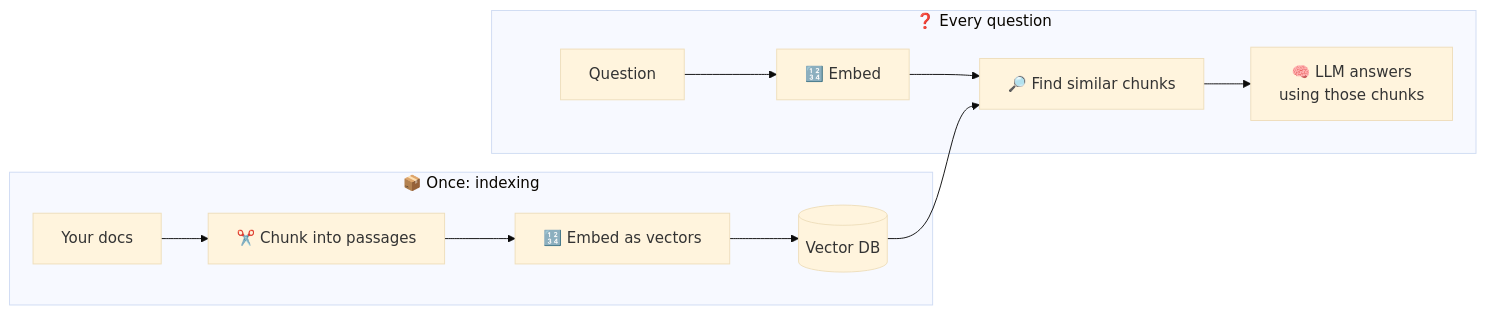
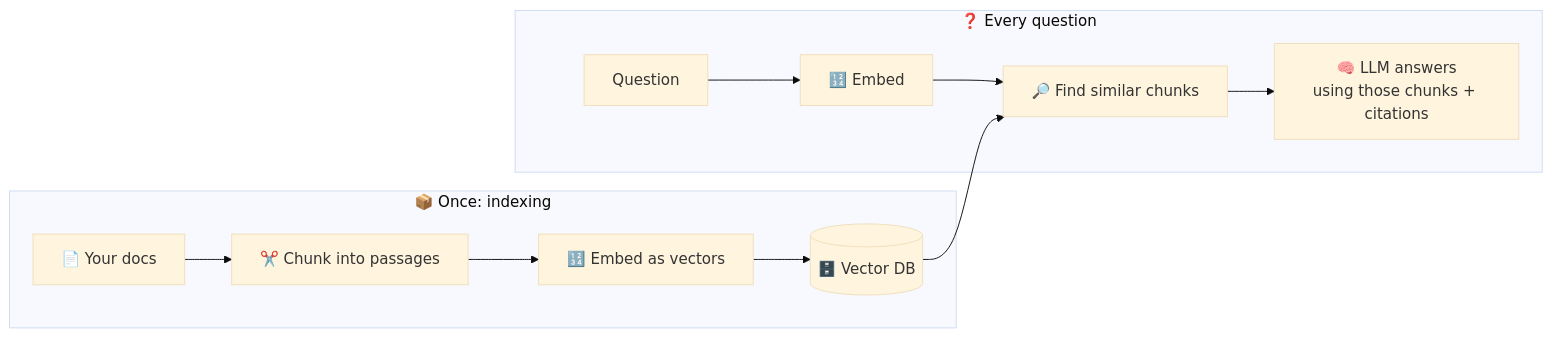
One commit to Axmann8/AI_For_Advanced_Beginners changed the first of 2 diagrams in manual/part-6-knowledge-and-memory/41-rag-memory-and-knowledge.md. Above: the diagram before and after it, drawn with Mermaid (base theme). The commit also changed other lines of this file and 24 other files, not shown here.

````diff
--- a/manual/part-6-knowledge-and-memory/41-rag-memory-and-knowledge.md
+++ b/manual/part-6-knowledge-and-memory/41-rag-memory-and-knowledge.md
@@ -34,11 +81,11 @@
 ```mermaid
 flowchart LR
     subgraph Prep["📦 Once: indexing"]
-        D[Your docs] --> C[✂️ Chunk into passages] --> E[🔢 Embed as vectors] --> V[(Vector DB)]
+        D[📄 Your docs] --> C[✂️ Chunk into passages] --> E[🔢 Embed as vectors] --> V[(🗄️ Vector DB)]
     end
     subgraph Ask["❓ Every question"]
         Q[Question] --> QE[🔢 Embed] --> S[🔎 Find similar chunks]
         V --> S
-        S --> L[🧠 LLM answers<br/>using those chunks]
+        S --> L[🧠 LLM answers<br/>using those chunks + citations]
     end
 ```
````
